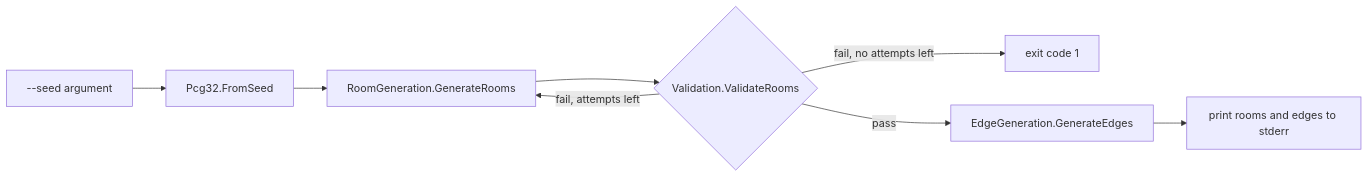
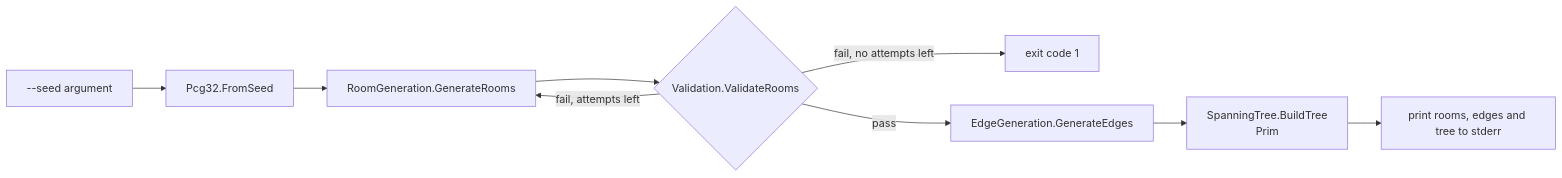
One commit to verdoxOP/procgen-dungeon changed the first of 2 diagrams in Algorithms/csharp/procgen-csharp/docs/architecture.md. Above: the diagram before and after it, drawn with Mermaid. The commit also changed other lines of this file and 10 other files, not shown here.

First line of the commit message:
Add Prim spanning tree to C# generator

````diff
--- a/Algorithms/csharp/procgen-csharp/docs/architecture.md
+++ b/Algorithms/csharp/procgen-csharp/docs/architecture.md
@@ -38,10 +38,11 @@
 ```mermaid
 flowchart LR
     seed[--seed argument] --> rng[Pcg32.FromSeed]
     rng --> gen[RoomGeneration.GenerateRooms]
     gen --> val{Validation.ValidateRooms}
     val -- fail, attempts left --> gen
     val -- fail, no attempts left --> exit1[exit code 1]
     val -- pass --> edges[EdgeGeneration.GenerateEdges]
-    edges --> print[print rooms and edges to stderr]
+    edges --> prim[SpanningTree.BuildTree<br/>Prim]
+    prim --> print[print rooms, edges and tree to stderr]
 ```
````
